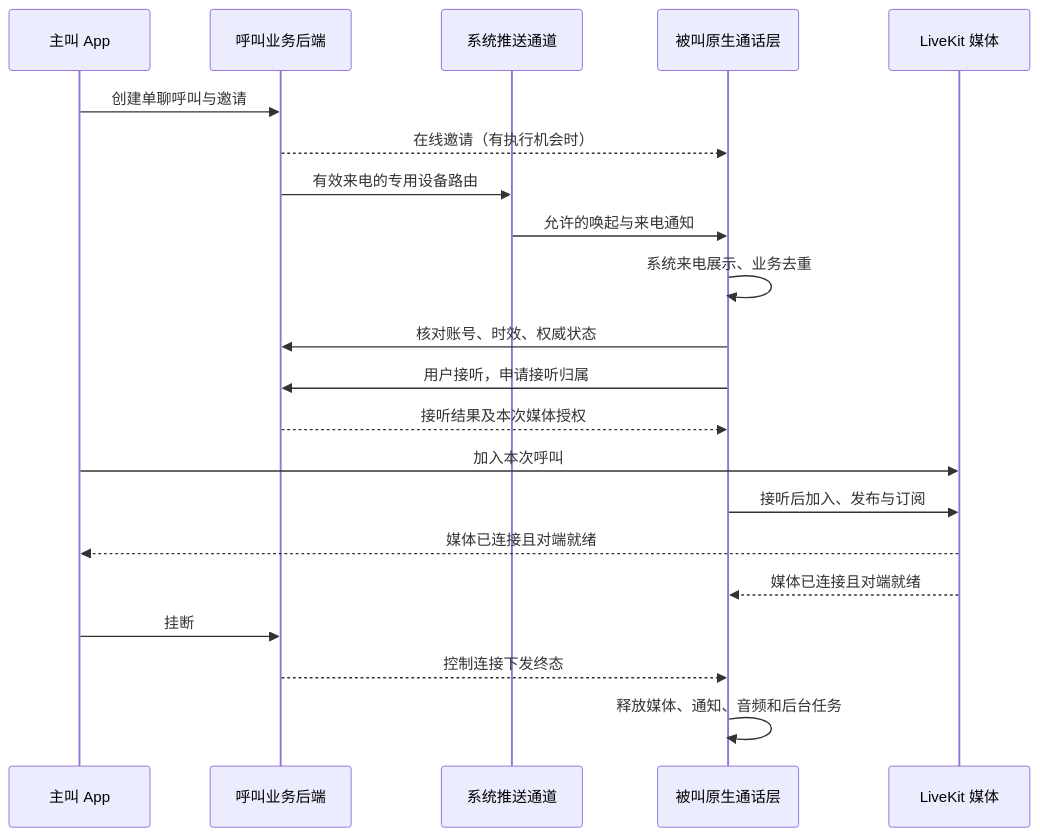
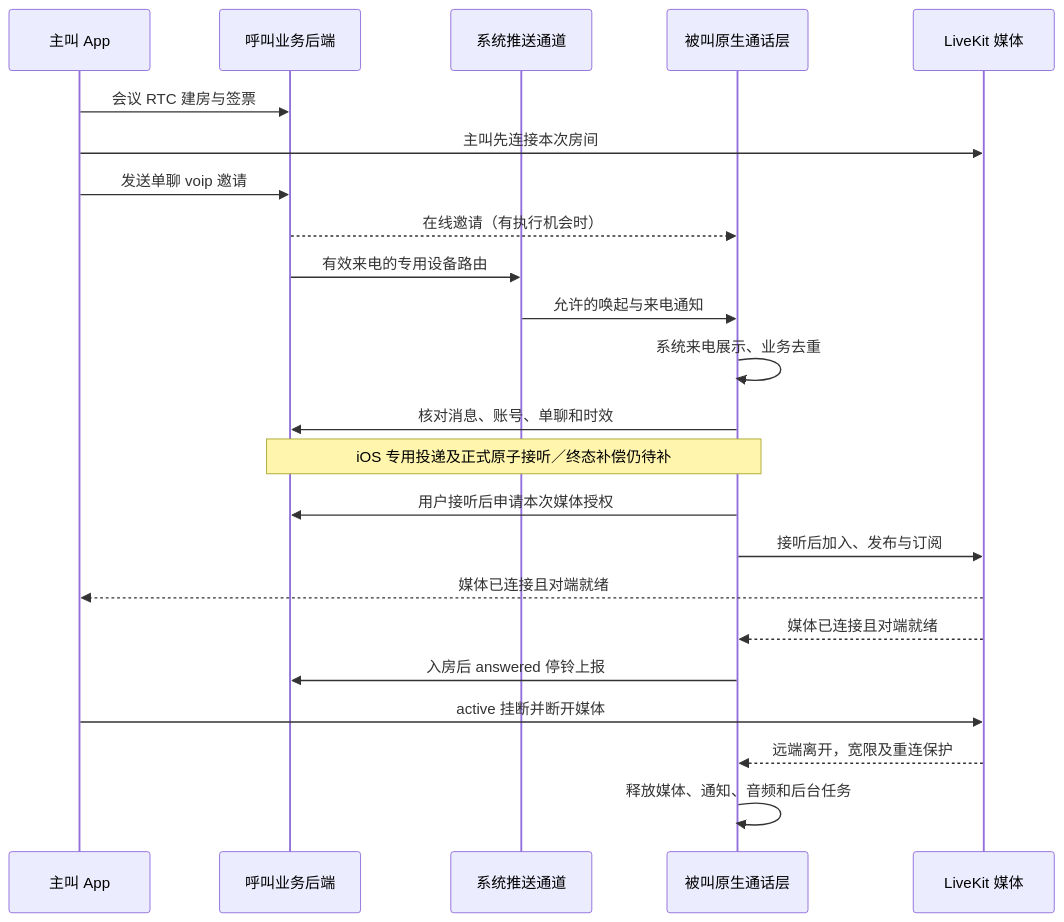
Before and after one commit to nuwax-ai/nuwax-mobile: the diagram in docs/engineering/voip-cn-provider-onboarding.md, drawn with Mermaid. The commit also changed other lines of this file and 5 other files, not shown here.

Commit message:
docs(voip): consolidate latest flow and provider onboarding runbook

````diff
--- a/docs/engineering/voip-cn-provider-onboarding.md
+++ b/docs/engineering/voip-cn-provider-onboarding.md
@@ -9,23 +11,25 @@
 ```mermaid
 sequenceDiagram
     participant A as 主叫 App
     participant B as 呼叫业务后端
     participant P as 系统推送通道
     participant N as 被叫原生通话层
     participant R as LiveKit 媒体
-    A->>B: 创建单聊呼叫与邀请
+    A->>B: 会议 RTC 建房与签票
+    A->>R: 主叫先连接本次房间
+    A->>B: 发送单聊 voip 邀请
     B-->>N: 在线邀请（有执行机会时）
     B->>P: 有效来电的专用设备路由
     P->>N: 允许的唤起与来电通知
     N->>N: 系统来电展示、业务去重
-    N->>B: 核对账号、时效、权威状态
-    N->>B: 用户接听，申请接听归属
-    B-->>N: 接听结果及本次媒体授权
-    A->>R: 加入本次呼叫
+    N->>B: 核对消息、账号、单聊和时效
+    Note over B,N: iOS 专用投递及正式原子接听／终态补偿仍待补
+    N->>B: 用户接听后申请本次媒体授权
     N->>R: 接听后加入、发布与订阅
     R-->>A: 媒体已连接且对端就绪
     R-->>N: 媒体已连接且对端就绪
-    A->>B: 挂断
-    B-->>N: 控制连接下发终态
+    N->>B: 入房后 answered 停铃上报
+    A->>R: active 挂断并断开媒体
+    R-->>N: 远端离开，宽限及重连保护
     N->>N: 释放媒体、通知、音频和后台任务
 ```
````
